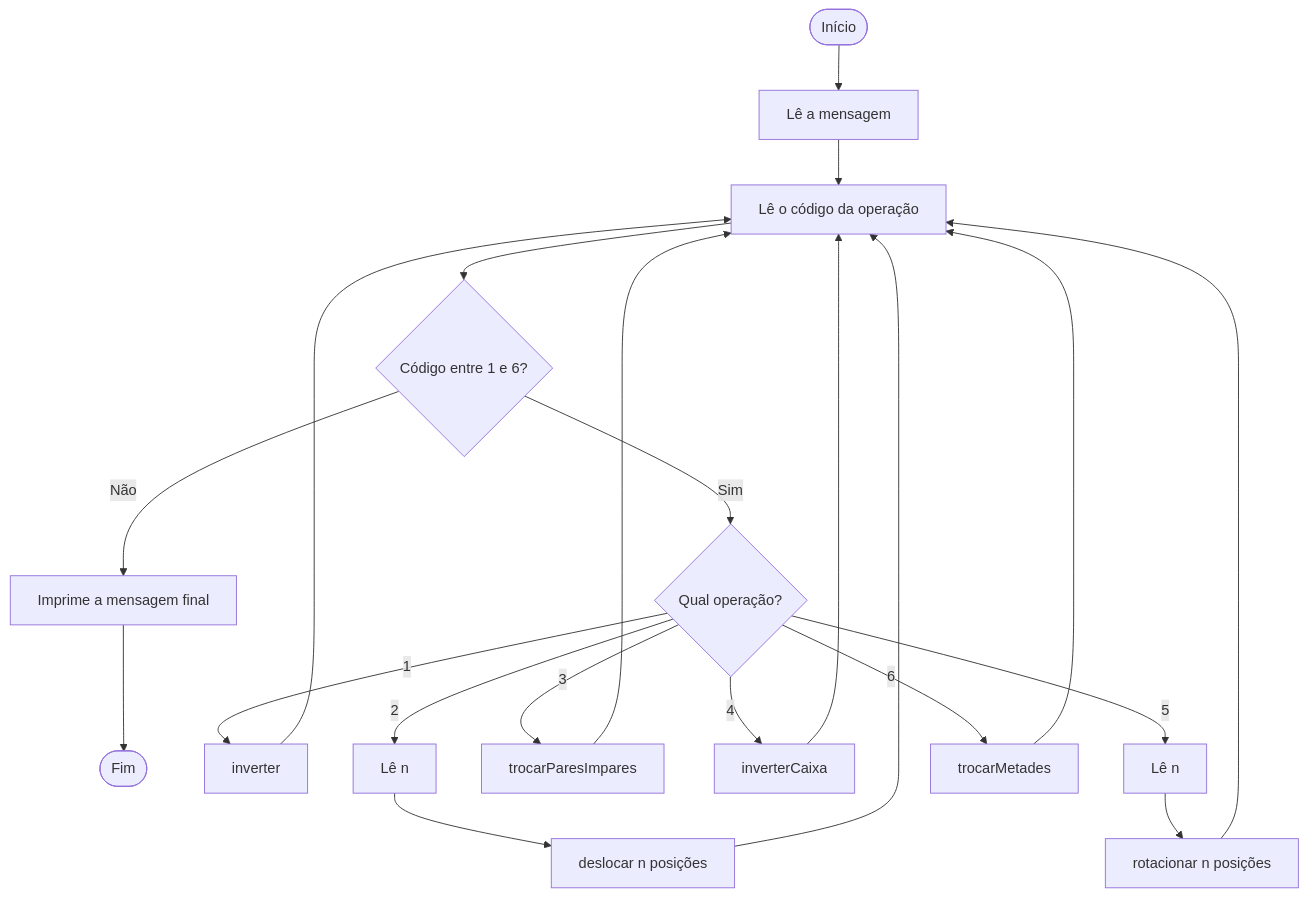
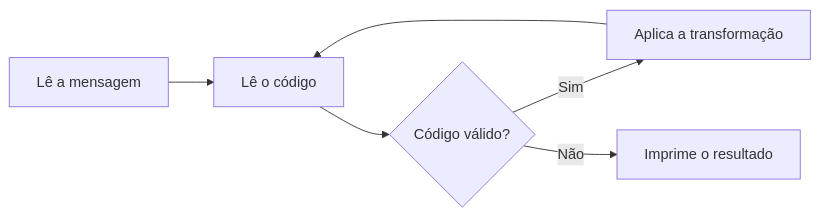
One commit to danielpf-cs/Alien-Communication-MP02 changed the diagram in README.md. Above: the diagram before and after it, drawn with Mermaid.

Commit message:
Revise flowchart format in README
Updated flowchart to improve clarity and structure.

````diff
--- a/README.md
+++ b/README.md
@@ -17,23 +17,8 @@
 ```mermaid
-flowchart TD
-    A([Início]) --> B["Lê a mensagem"]
-    B --> C["Lê o código da operação"]
-    C --> D{"Código entre 1 e 6?"}
-    D -- Não --> Z["Imprime a mensagem final"]
-    Z --> FIM([Fim])
-
-    D -- Sim --> S{"Qual operação?"}
-    S -- 1 --> O1["inverter"]
-    S -- 2 --> N2["Lê n"] --> O2["deslocar n posições"]
-    S -- 3 --> O3["trocarParesImpares"]
-    S -- 4 --> O4["inverterCaixa"]
-    S -- 5 --> N5["Lê n"] --> O5["rotacionar n posições"]
-    S -- 6 --> O6["trocarMetades"]
-
-    O1 --> C
-    O2 --> C
-    O3 --> C
-    O4 --> C
-    O5 --> C
-    O6 --> C
+flowchart LR
+    A["Lê a mensagem"] --> B["Lê o código"]
+    B --> C{"Código válido?"}
+    C -- Sim --> D["Aplica a transformação"]
+    D --> B
+    C -- Não --> E["Imprime o resultado"]
 ```
````
